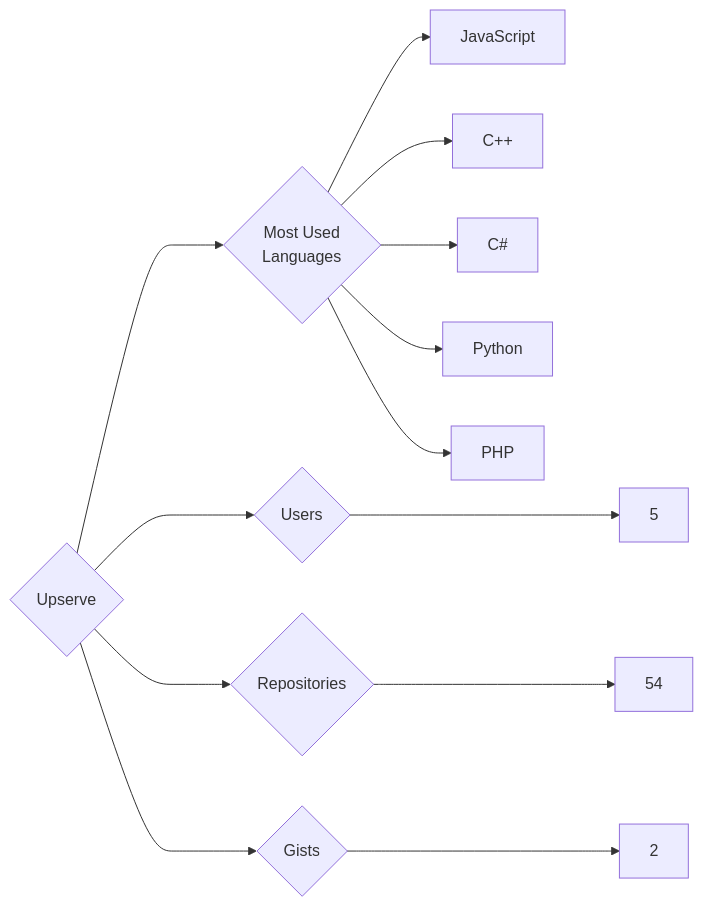
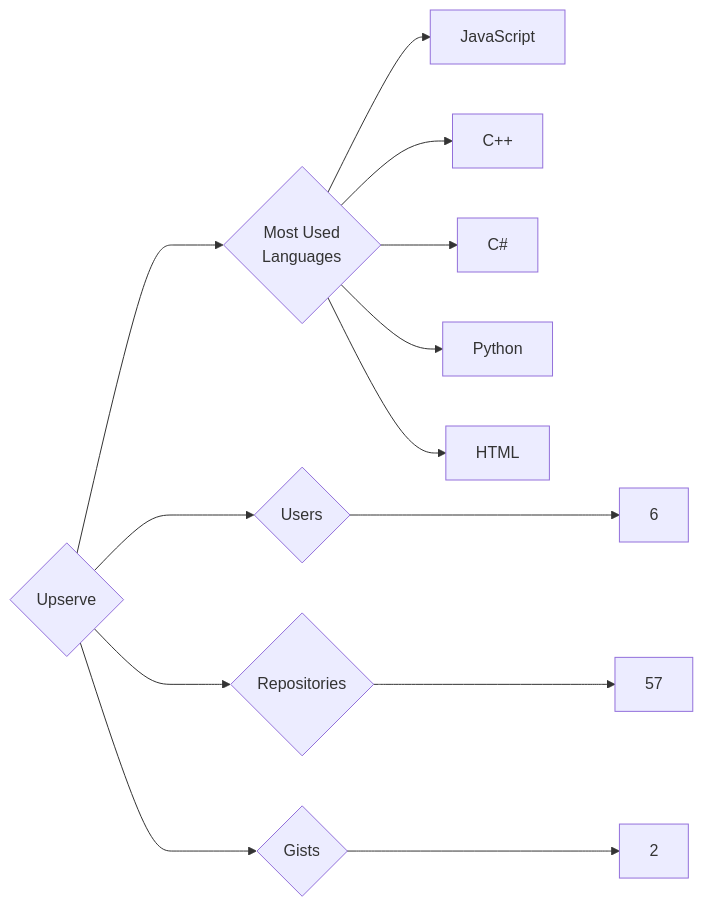
One commit to trickest/insiders changed the diagram in targets/Upserve/README.md. Above: the diagram before and after it, drawn with Mermaid. The commit also changed 682 other files, not shown here.

````diff
--- a/targets/Upserve/README.md
+++ b/targets/Upserve/README.md
@@ -3,13 +3,13 @@
 ```mermaid
 graph LR
 COMPANY_NAME{Upserve}
-COMPANY_NAME ---> U{Users} ---> UN[5]
-COMPANY_NAME ---> R{Repositories} ---> RN[54]
+COMPANY_NAME ---> U{Users} ---> UN[6]
+COMPANY_NAME ---> R{Repositories} ---> RN[57]
 COMPANY_NAME ---> G{Gists} ---> GN[2]
 COMPANY_NAME ---> ML{Most Used<br>Languages}
 ML --> JavaScript[JavaScript]
 ML --> C++[C++]
 ML --> C#[C#]
 ML --> Python[Python]
-ML --> PHP[PHP]
+ML --> HTML[HTML]
 ```
````
